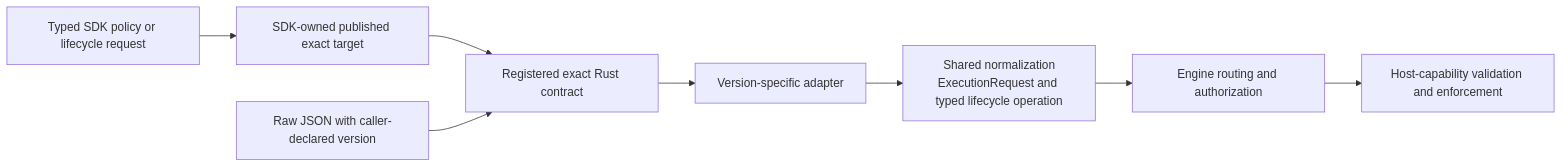
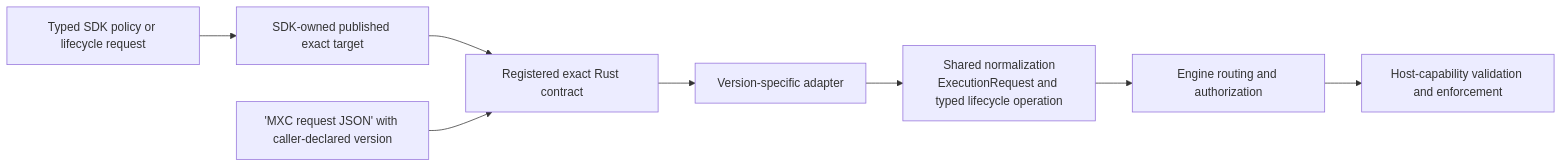
One commit to microsoft/mxc changed the diagram in docs/development/architecture/versioning.md. Above: the diagram before and after it, drawn with Mermaid. The commit also changed other lines of this file and 38 other files, not shown here.

````diff
--- a/docs/development/architecture/versioning.md
+++ b/docs/development/architecture/versioning.md
@@ -20,15 +23,15 @@
 ```mermaid
 flowchart LR
     typed["Typed SDK policy or lifecycle request"]
     target["SDK-owned published exact target"]
-    raw["Raw JSON with caller-declared version"]
+    raw["'MXC request JSON' with caller-declared version"]
     contract["Registered exact Rust contract"]
     adapter["Version-specific adapter"]
     normalized["Shared normalization<br/>ExecutionRequest and typed lifecycle operation"]
     engine["Engine routing and authorization"]
     backend["Host-capability validation and enforcement"]
 
     typed --> target --> contract
     raw --> contract
     contract --> adapter --> normalized --> engine --> backend
 ```
````
